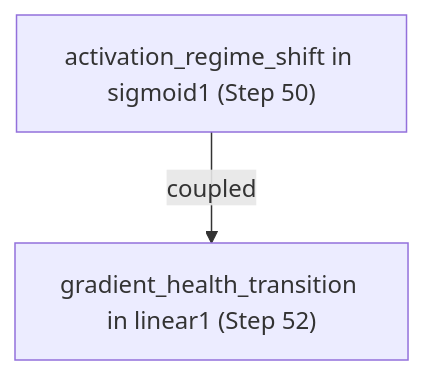
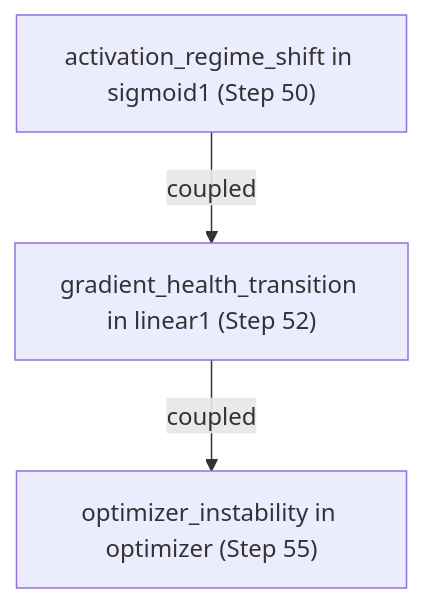
Before and after one commit to Lemniscate-world/Neural: the diagram in INFERENCE_FLOW.md, drawn with Mermaid. The commit also changed other lines of this file and 9 other files, not shown here.

First line of the commit message:
feat(core): implement optimizer instability + data anomaly detection, complete Phase 3 & 4

````diff
--- a/INFERENCE_FLOW.md
+++ b/INFERENCE_FLOW.md
@@ -53,6 +124,8 @@
 ```mermaid
 graph TD
     E0["activation_regime_shift in sigmoid1 (Step 50)"]
     E1["gradient_health_transition in linear1 (Step 52)"]
+    E2["optimizer_instability in optimizer (Step 55)"]
     E0 -->|coupled| E1
+    E1 -->|coupled| E2
 ```
````
